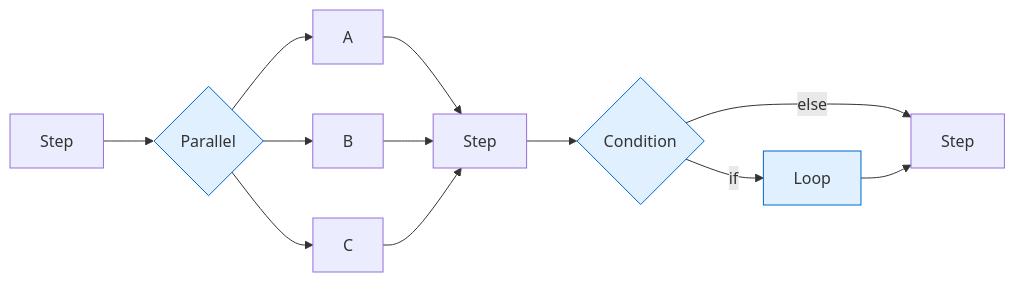
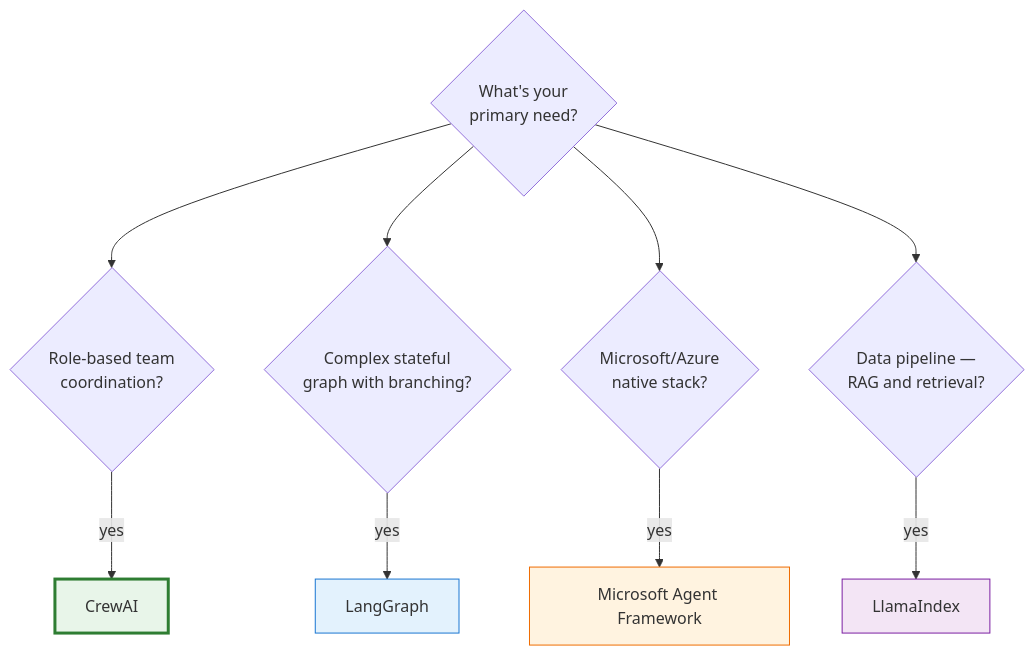
Before and after one commit to rkalathy/11-Apr-Agentic-AI: the second of 7 diagrams in Crew AI.md, drawn with Mermaid. The commit also changed other lines of this file, not shown here.

````diff
--- a/Crew AI.md
+++ b/Crew AI.md
@@ -138,18 +97,17 @@
 ```mermaid
-flowchart LR
-    S1[Step] --> P{Parallel}
-    P --> A[A]
-    P --> B[B]
-    P --> C[C]
-    A --> S2[Step]
-    B --> S2
-    C --> S2
-    S2 --> CD{Condition}
-    CD -->|if| L[Loop]
-    CD -->|else| S3[Step]
-    L --> S3
+flowchart TB
+    Q{What's your\nprimary need?} --> Q1{Role-based team\ncoordination?}
+    Q --> Q2{Complex stateful\ngraph with branching?}
+    Q --> Q3{Microsoft/Azure\nnative stack?}
+    Q --> Q4{Data pipeline —\nRAG and retrieval?}
 
-    style P fill:#e1f0ff,stroke:#0066cc
-    style CD fill:#e1f0ff,stroke:#0066cc
-    style L fill:#e1f0ff,stroke:#0066cc
+    Q1 -->|yes| CREW[CrewAI]
+    Q2 -->|yes| LG[LangGraph]
+    Q3 -->|yes| MAF[Microsoft Agent Framework]
+    Q4 -->|yes| LI[LlamaIndex]
+
+    style CREW fill:#e8f5e9,stroke:#2e7d32,stroke-width:3px
+    style LG fill:#e3f2fd,stroke:#1976d2
+    style MAF fill:#fff3e0,stroke:#ef6c00
+    style LI fill:#f3e5f5,stroke:#7b1fa2
 ```
````
